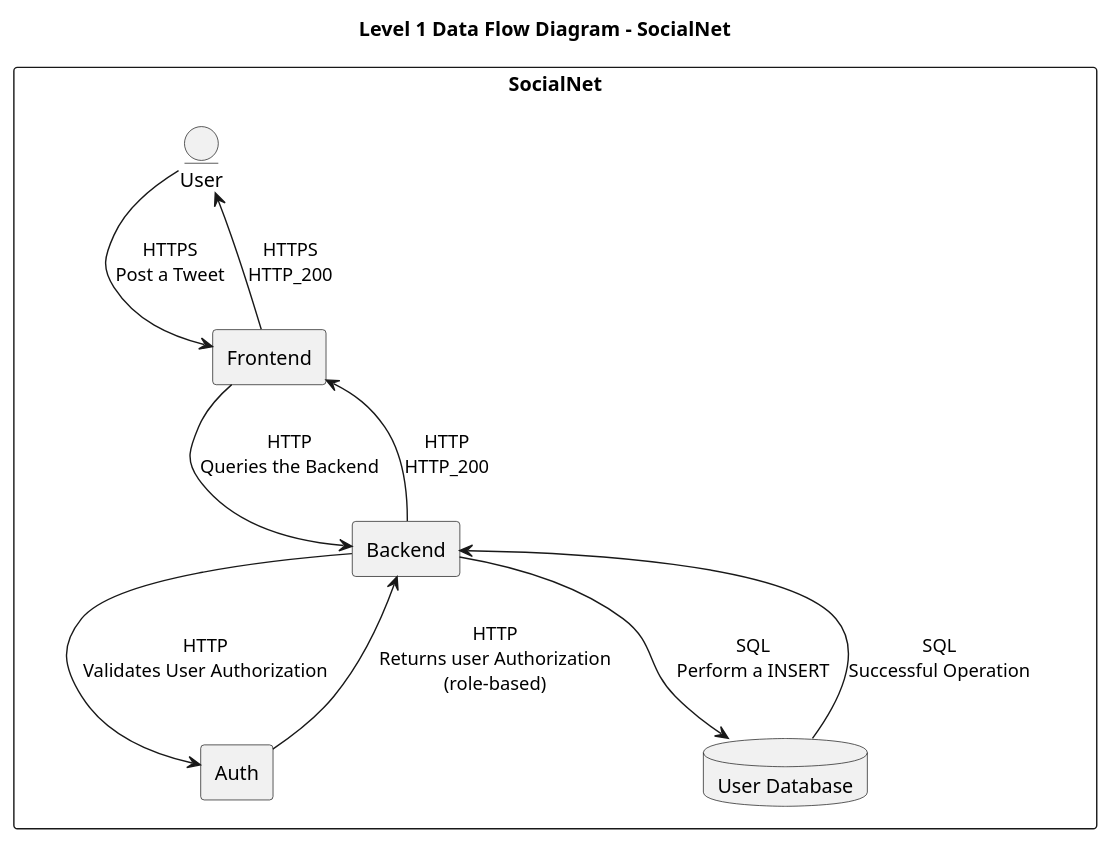
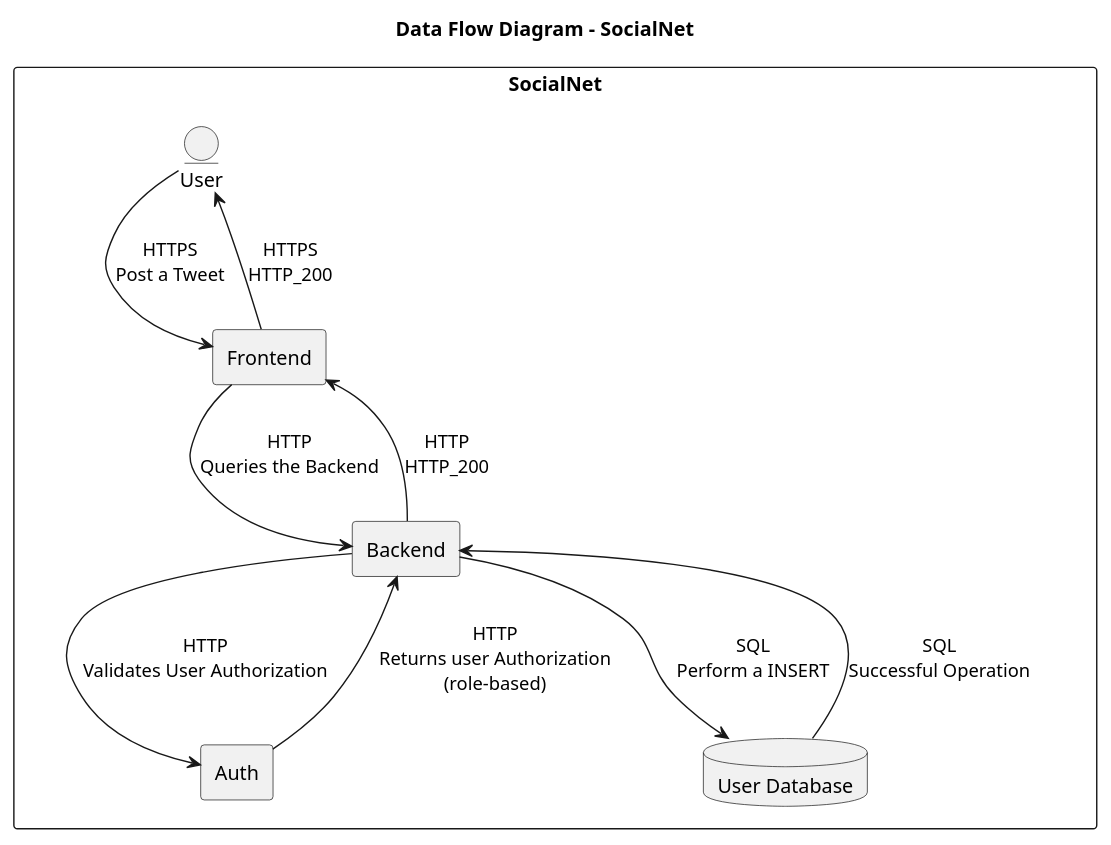
One commit to tomasoliveira21/desofs2024_M1B_3 changed the diagram in deliverables/phase_1/design/dfd.puml. Above: the diagram before and after it, drawn with PlantUML. The commit also changed 16 other files, not shown here.

```diff
--- a/deliverables/phase_1/design/dfd.puml
+++ b/deliverables/phase_1/design/dfd.puml
@@ -1,28 +1,28 @@
 @startuml "dfd"
 
-title Level 1 Data Flow Diagram - SocialNet
+title Data Flow Diagram - SocialNet
 
 rectangle "SocialNet" {
 
 	entity "User" as user
 
 	rectangle "Frontend" as frontend
 	rectangle "Backend" as backend
 	rectangle "Auth" as auth
 
 	database "User Database" as db
 
 	user --> frontend : HTTPS\nPost a Tweet
 	frontend --> backend : HTTP\nQueries the Backend
 
 	backend --> auth : HTTP\nValidates User Authorization
 	auth --> backend : HTTP\nReturns user Authorization\n(role-based)
 
 	backend --> db : SQL\nPerform a INSERT
 	db --> backend : SQL\nSuccessful Operation
 
 	backend --> frontend : HTTP\nHTTP_200
 	frontend --> user: HTTPS\nHTTP_200
 }
 
 @enduml
```
